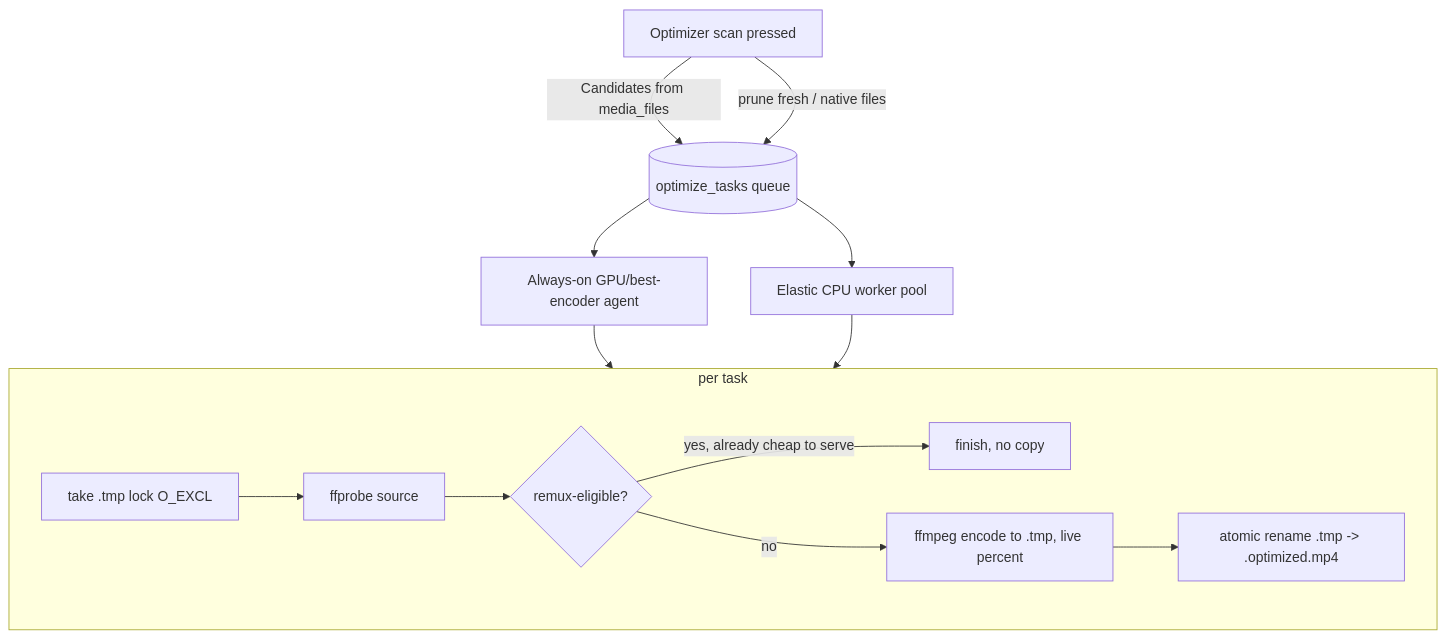
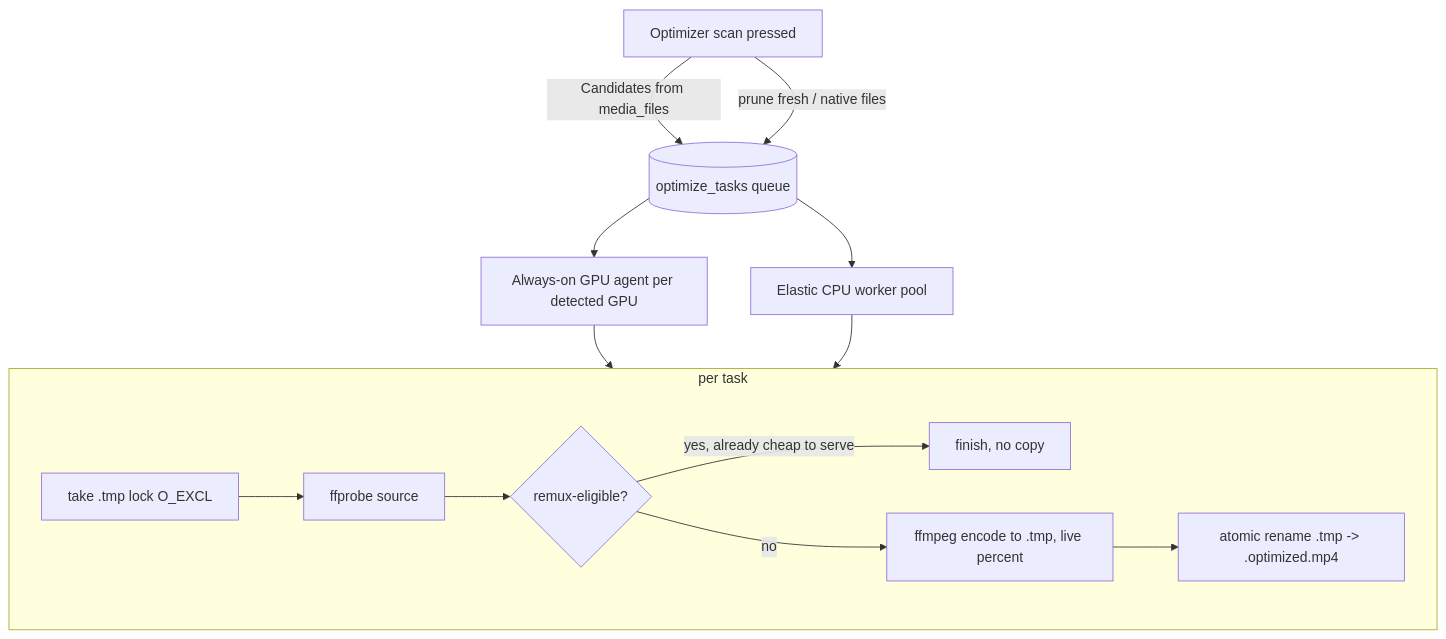
One commit to xuedi/FileFin changed the diagram in docs/agents/optimizer.md. Above: the diagram before and after it, drawn with Mermaid. The commit also changed other lines of this file and 3 other files, not shown here.

First line of the commit message:
Run one always-on optimizer worker per detected GPU

````diff
--- a/docs/agents/optimizer.md
+++ b/docs/agents/optimizer.md
@@ -18,16 +18,16 @@
 ```mermaid
 flowchart TD
     SCAN[Optimizer scan pressed] -->|Candidates from media_files| Q[(optimize_tasks queue)]
     SCAN -->|prune fresh / native files| Q
-    Q --> GPU[Always-on GPU/best-encoder agent]
+    Q --> GPU[Always-on GPU agent per detected GPU]
     Q --> CPU[Elastic CPU worker pool]
     GPU --> ONE
     CPU --> ONE
     subgraph ONE[per task]
         L[take .tmp lock O_EXCL] --> PR[ffprobe source]
         PR --> RX{remux-eligible?}
         RX -->|yes, already cheap to serve| SKIP[finish, no copy]
         RX -->|no| ENC[ffmpeg encode to .tmp, live percent]
         ENC --> MV[atomic rename .tmp -> .optimized.mp4]
     end
 ```
````
